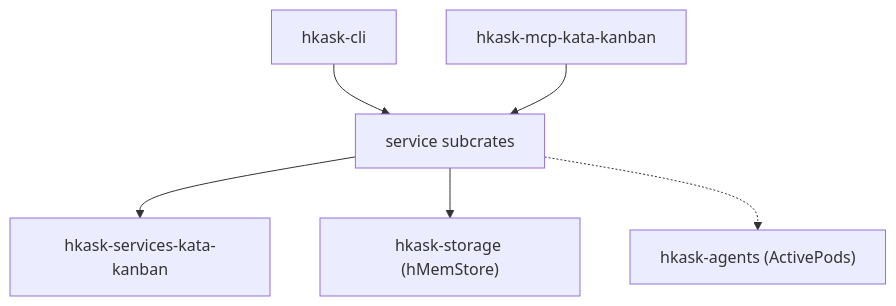
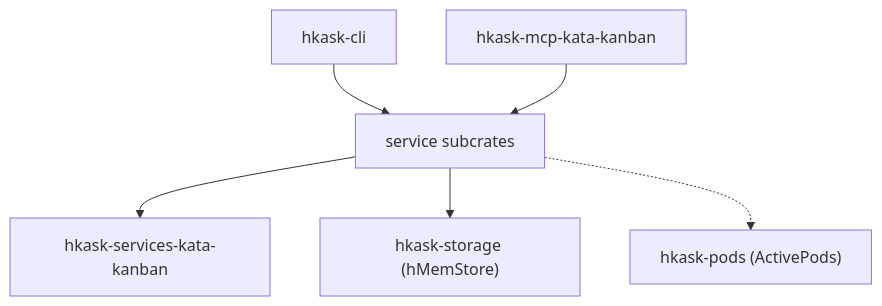
One commit to mdz-axo/hKask changed the third of 24 diagrams in docs/architecture/core/hKask-architecture-master.md. Above: the diagram before and after it, drawn with Mermaid. The commit also changed other lines of this file and 37 other files, not shown here.

````diff
--- a/docs/architecture/core/hKask-architecture-master.md
+++ b/docs/architecture/core/hKask-architecture-master.md
@@ -1031,8 +1033,8 @@
 ```mermaid
 graph TD
     CLI["hkask-cli"] --> SVC["service subcrates"]
     MCP["hkask-mcp-kata-kanban"] --> SVC
     SVC --> KATA["hkask-services-kata-kanban"]
     SVC --> STORAGE["hkask-storage (hMemStore)"]
-    SVC -.-> AGENTS["hkask-agents (ActivePods)"]
+    SVC -.-> AGENTS["hkask-pods (ActivePods)"]
 ```
````
